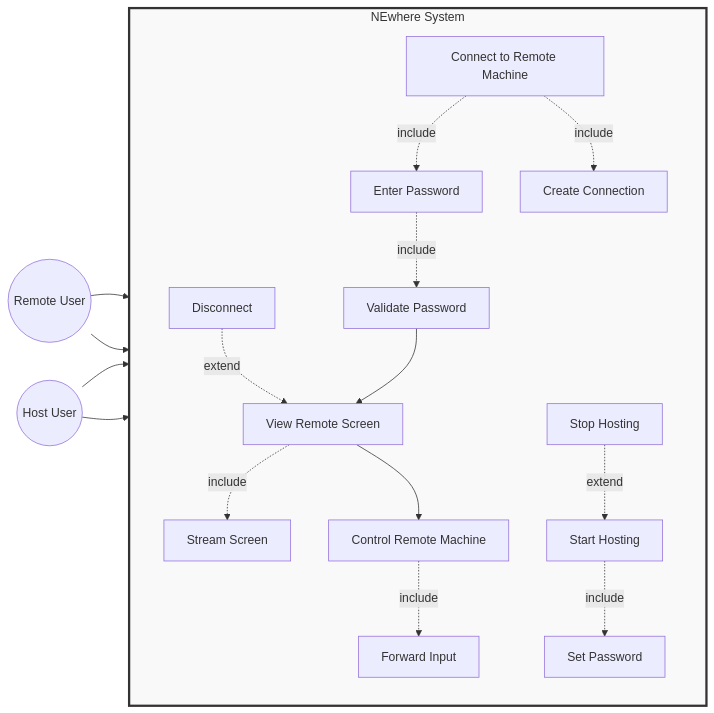
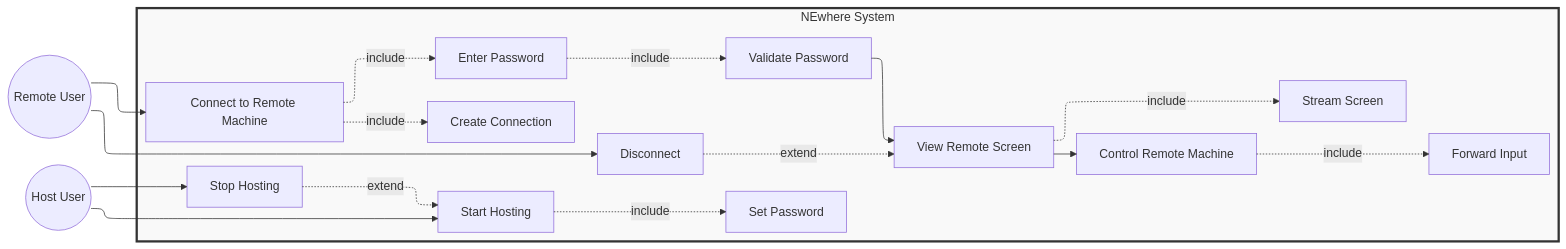
The diagram in useCaseDiagram.md (RoniMaity/NEwhere), drawn with Mermaid before and after one commit.

Commit message:
done basic correction in useCaseDiagram.md file

````diff
--- a/useCaseDiagram.md
+++ b/useCaseDiagram.md
@@ -16,56 +16,35 @@
 ```mermaid
-graph LR
-    %% Actors (on the left)
-    RU((Remote User))
-    HU((Host User))
-    
-    %% System Boundary
-    subgraph NEwhere["NEwhere System"]
-        direction TB
-        
-        %% Remote User Use Cases
-        UC1[Connect to Remote Machine]
-        UC2[Enter Password]
-        UC3[View Remote Screen]
-        UC4[Control Remote Machine]
-        UC5[Disconnect]
-        
-        %% Host User Use Cases
-        UC6[Start Hosting]
-        UC7[Set Password]
-        UC8[Stop Hosting]
-        
-        %% System Use Cases
-        UC9[Validate Password]
-        UC10[Create Connection]
-        UC11[Stream Screen]
-        UC12[Forward Input]
-        
-        %% Include relationships (mandatory)
-        UC1 -.->|include| UC2
-        UC2 -.->|include| UC9
-        UC1 -.->|include| UC10
-        UC3 -.->|include| UC11
-        UC4 -.->|include| UC12
-        
-        UC6 -.->|include| UC7
-        
-        %% Extend relationships (optional)
-        UC5 -.->|extend| UC3
-        UC8 -.->|extend| UC6
-        
-        %% Flow
-        UC9 --> UC3
-        UC3 --> UC4
-    end
-    
-    %% Actor to Use Case associations
-    RU --> UC1
-    RU --> UC5
-    
-    HU --> UC6
-    HU --> UC8
-    
-    %% Style
+---
+config:
+  layout: elk
+---
+flowchart LR
+ subgraph NEwhere["NEwhere System"]
+    direction TB
+        UC1["Connect to Remote Machine"]
+        UC2["Enter Password"]
+        UC3["View Remote Screen"]
+        UC4["Control Remote Machine"]
+        UC5["Disconnect"]
+        UC6["Start Hosting"]
+        UC7["Set Password"]
+        UC8["Stop Hosting"]
+        UC9["Validate Password"]
+        UC10["Create Connection"]
+        UC11["Stream Screen"]
+        UC12["Forward Input"]
+  end
+    UC1 -. include .-> UC2 & UC10
+    UC2 -. include .-> UC9
+    UC3 -. include .-> UC11
+    UC4 -. include .-> UC12
+    UC6 -. include .-> UC7
+    UC5 -. extend .-> UC3
+    UC8 -. extend .-> UC6
+    UC9 --> UC3
+    UC3 --> UC4
+    RU(("Remote User")) --> UC1 & UC5
+    HU(("Host User")) --> UC6 & UC8
+
     style NEwhere fill:#f9f9f9,stroke:#333,stroke-width:3px
 ```
````
